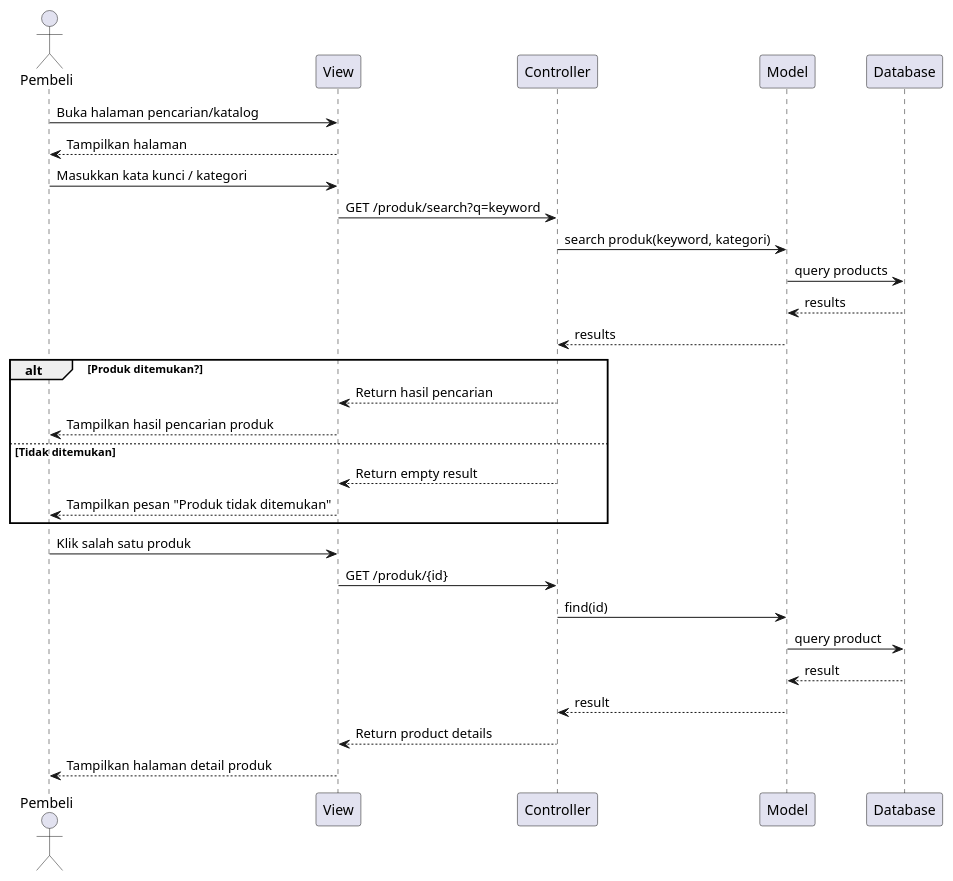
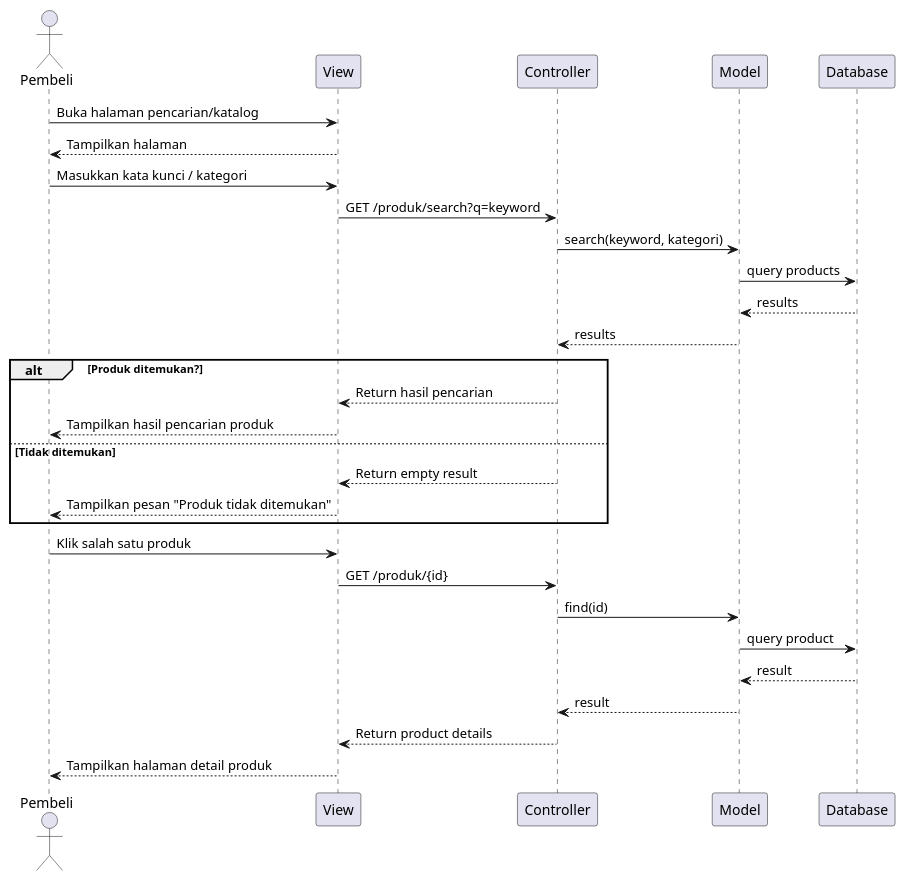
Before and after one commit to GitSyah111/toko-umkm-app: the diagram in docs/uml/sequence-viewprod.puml, drawn with PlantUML. The commit also changed 35 other files, not shown here.

First line of the commit message:
feat: add database schema, seeders, and wishlist entity

```diff
--- a/docs/uml/sequence-viewprod.puml
+++ b/docs/uml/sequence-viewprod.puml
@@ -1,35 +1,35 @@
 @startuml
 actor Pembeli
 participant View
 participant Controller
 participant Model
 participant Database
 
 Pembeli -> View : Buka halaman pencarian/katalog
 View --> Pembeli : Tampilkan halaman
 
 Pembeli -> View : Masukkan kata kunci / kategori
 View -> Controller : GET /produk/search?q=keyword
 
-Controller -> Model : search produk(keyword, kategori)
+Controller -> Model : search(keyword, kategori)
 Model -> Database : query products
 Database --> Model : results
 Model --> Controller : results
 
 alt Produk ditemukan?
     Controller --> View : Return hasil pencarian
     View --> Pembeli : Tampilkan hasil pencarian produk
 else Tidak ditemukan
     Controller --> View : Return empty result
     View --> Pembeli : Tampilkan pesan "Produk tidak ditemukan"
 end
 
 Pembeli -> View : Klik salah satu produk
 View -> Controller : GET /produk/{id}
 Controller -> Model : find(id)
 Model -> Database : query product
 Database --> Model : result
 Model --> Controller : result
 Controller --> View : Return product details
 View --> Pembeli : Tampilkan halaman detail produk
 @enduml
```
